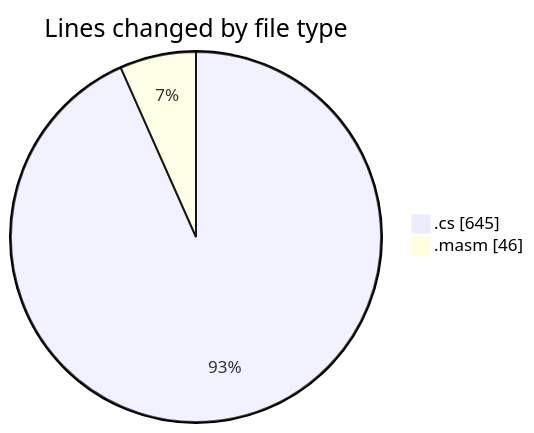
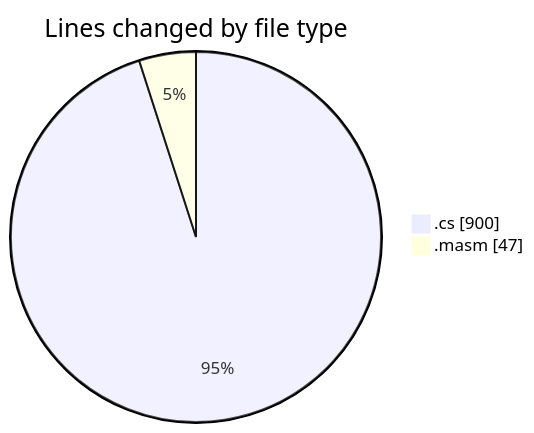
One commit to charlie-sans/code-tracking changed the first of 2 diagrams in 2025-03-19/sharpmasm/README.md. Above: the diagram before and after it, drawn with Mermaid. The commit also changed other lines of this file and 1 other file, not shown here.

````diff
--- a/2025-03-19/sharpmasm/README.md
+++ b/2025-03-19/sharpmasm/README.md
@@ -22,6 +24,6 @@
 ```mermaid
 pie showData
 title Lines changed by file type
-".cs" : 645
-".masm" : 46
+".cs" : 900
+".masm" : 47
 ```
````
